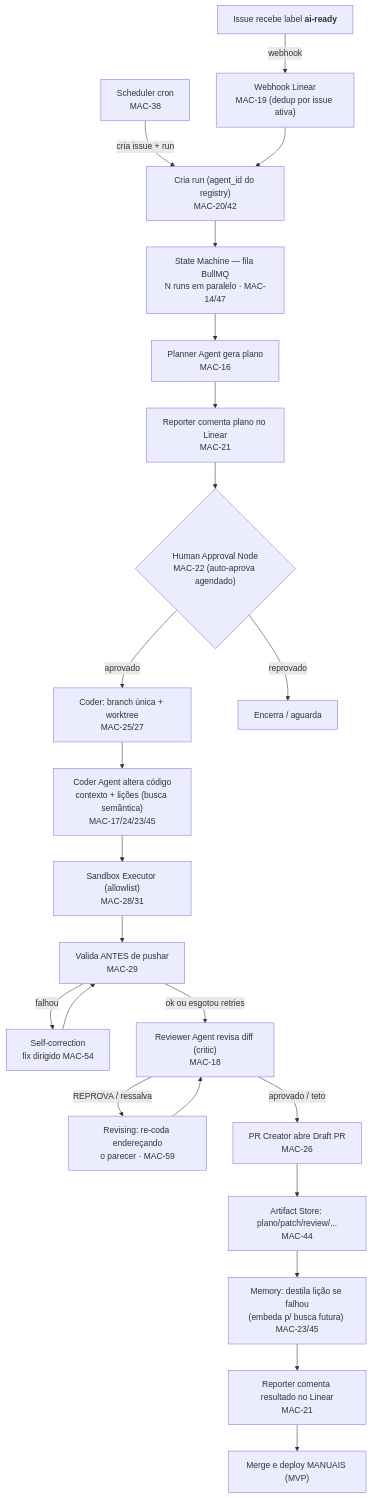
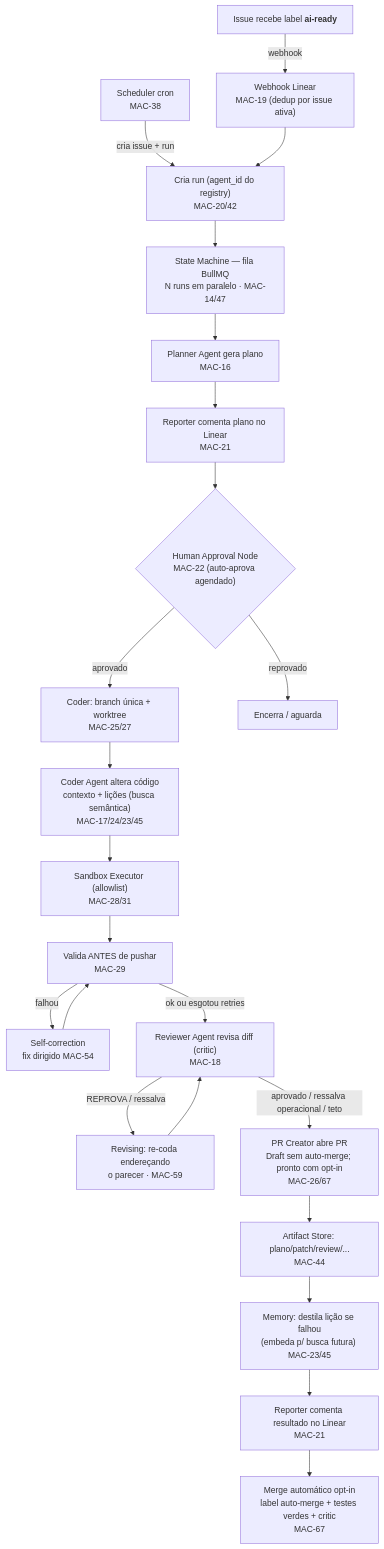
One commit to raniellimontagna/agent-platform changed the second of 2 diagrams in docs/ARCHITECTURE.md. Above: the diagram before and after it, drawn with Mermaid. The commit also changed other lines of this file and 2 other files, not shown here.

````diff
--- a/docs/ARCHITECTURE.md
+++ b/docs/ARCHITECTURE.md
@@ -53,25 +55,25 @@
 ```mermaid
 flowchart TD
   A["Issue recebe label <b>ai-ready</b>"] -->|webhook| B["Webhook Linear<br/>MAC-19 (dedup por issue ativa)"]
   SCHED["Scheduler cron<br/>MAC-38"] -->|cria issue + run| C
   B --> C["Cria run (agent_id do registry)<br/>MAC-20/42"]
   C --> D["State Machine — fila BullMQ<br/>N runs em paralelo · MAC-14/47"]
   D --> E["Planner Agent gera plano<br/>MAC-16"]
   E --> F["Reporter comenta plano no Linear<br/>MAC-21"]
   F --> G{"Human Approval Node<br/>MAC-22 (auto-aprova agendado)"}
   G -->|aprovado| H["Coder: branch única + worktree<br/>MAC-25/27"]
   G -->|reprovado| Z["Encerra / aguarda"]
   H --> J["Coder Agent altera código<br/>contexto + lições (busca semântica)<br/>MAC-17/24/23/45"]
   J --> K["Sandbox Executor (allowlist)<br/>MAC-28/31"]
   K --> L["Valida ANTES de pushar<br/>MAC-29"]
   L -->|"falhou"| FX["Self-correction<br/>fix dirigido MAC-54"]
   FX --> L
   L -->|"ok ou esgotou retries"| M["Reviewer Agent revisa diff (critic)<br/>MAC-18"]
   M -->|"REPROVA / ressalva"| RV["Revising: re-coda endereçando<br/>o parecer · MAC-59"]
   RV --> M
-  M -->|"aprovado / teto"| N["PR Creator abre Draft PR<br/>MAC-26"]
+  M -->|"aprovado / ressalva operacional / teto"| N["PR Creator abre PR<br/>Draft sem auto-merge; pronto com opt-in<br/>MAC-26/67"]
   N --> AR["Artifact Store: plano/patch/review/...<br/>MAC-44"]
   AR --> Q["Memory: destila lição se falhou<br/>(embeda p/ busca futura) MAC-23/45"]
   Q --> O["Reporter comenta resultado no Linear<br/>MAC-21"]
-  O --> P["Merge e deploy MANUAIS (MVP)"]
+  O --> P["Merge automático opt-in<br/>label auto-merge + testes verdes + critic<br/>MAC-67"]
 ```
````
